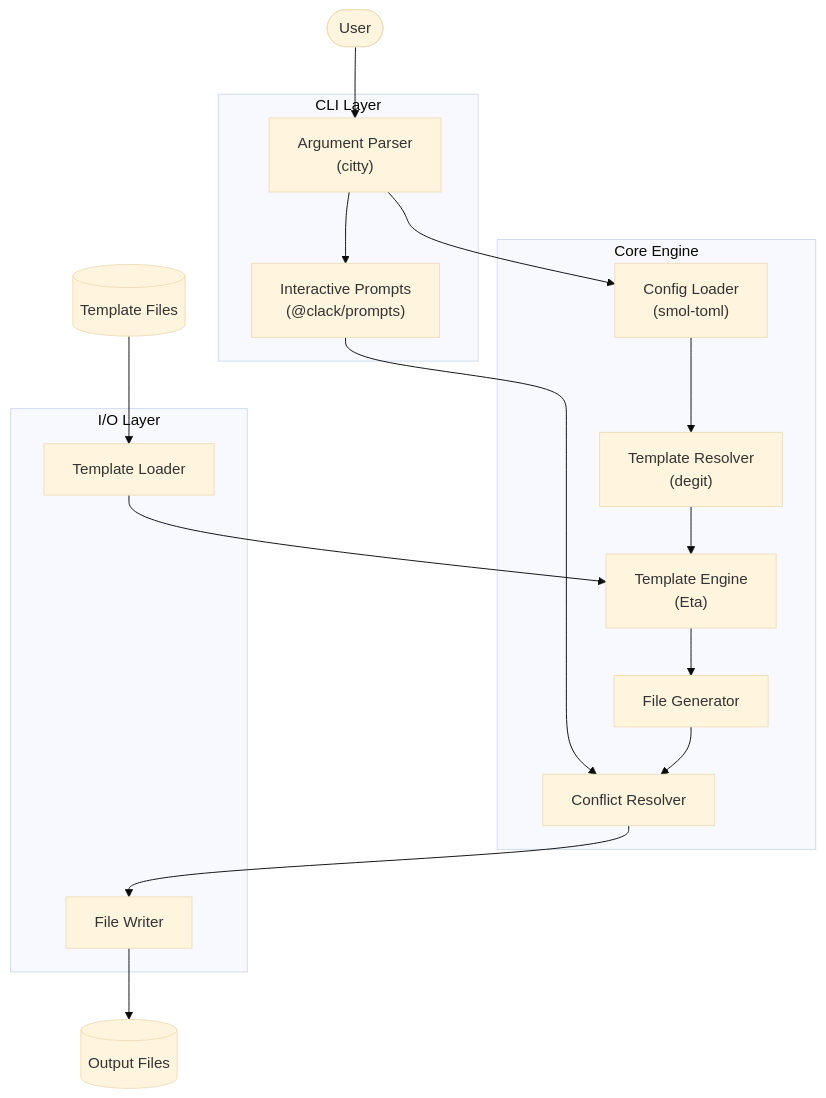
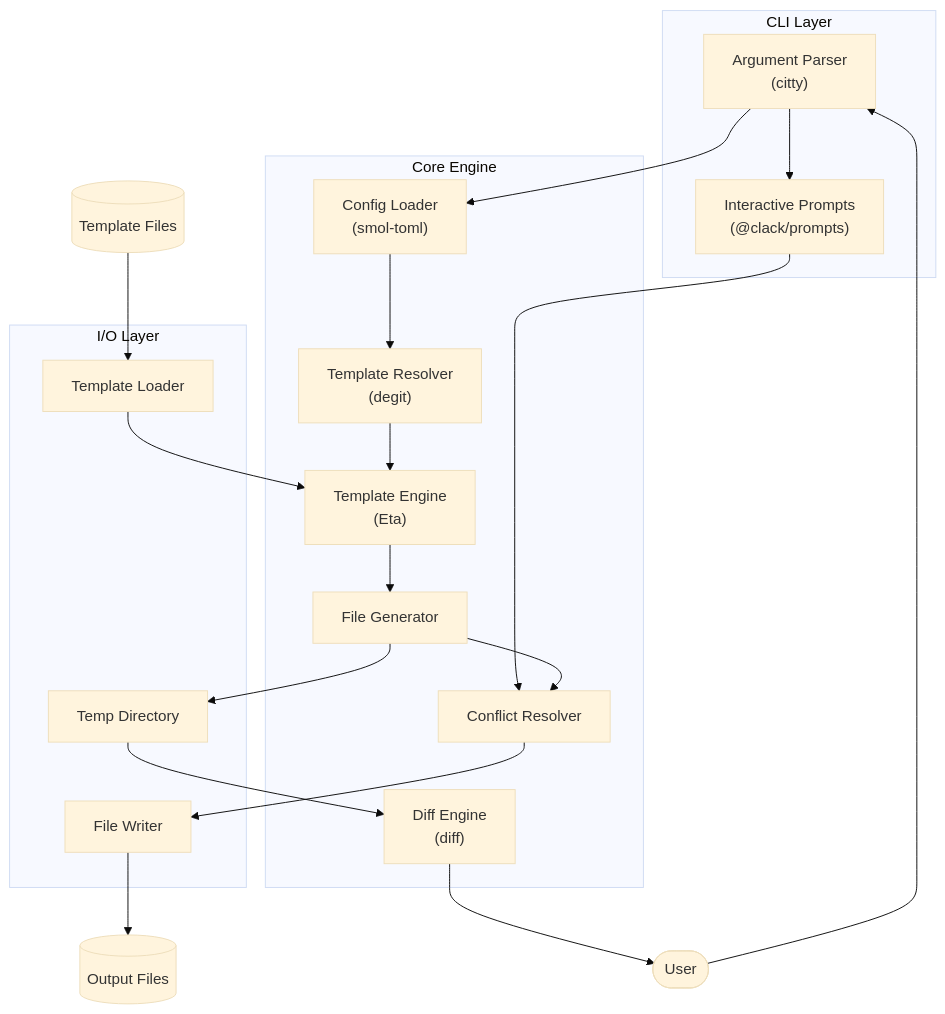
The first of 3 diagrams in .zen/specs/ARCHITECTURE.md (ncoderz/awa), drawn with Mermaid (base theme) before and after one commit. The commit also changed other lines of this file and 16 other files, not shown here.

````diff
--- a/.zen/specs/ARCHITECTURE.md
+++ b/.zen/specs/ARCHITECTURE.md
@@ -44,34 +65,40 @@
 ```mermaid
 flowchart TB
     subgraph CLI["CLI Layer"]
         Parser["Argument Parser<br/>(citty)"]
         Prompts["Interactive Prompts<br/>(@clack/prompts)"]
     end
 
     subgraph Core["Core Engine"]
         ConfigLoader["Config Loader<br/>(smol-toml)"]
         TemplateResolver["Template Resolver<br/>(degit)"]
         TemplateEngine["Template Engine<br/>(Eta)"]
         FileGenerator["File Generator"]
         ConflictResolver["Conflict Resolver"]
+        DiffEngine["Diff Engine<br/>(diff)"]
     end
 
     subgraph IO["I/O Layer"]
         TemplateLoader["Template Loader"]
         FileWriter["File Writer"]
+        TempDir["Temp Directory"]
     end
 
     User([User]) --> Parser
     Parser --> ConfigLoader
     ConfigLoader --> TemplateResolver
     TemplateResolver --> TemplateEngine
     Parser --> Prompts
     Prompts --> ConflictResolver
     TemplateEngine --> FileGenerator
     FileGenerator --> ConflictResolver
     ConflictResolver --> FileWriter
     TemplateLoader --> TemplateEngine
 
+    FileGenerator --> TempDir
+    TempDir --> DiffEngine
+    DiffEngine --> User
+
     Templates[(Template Files)] --> TemplateLoader
     FileWriter --> Output[(Output Files)]
 ```
````
